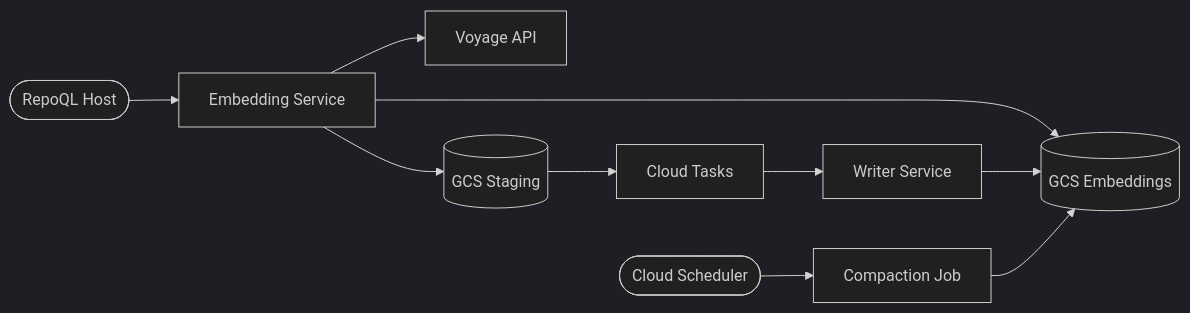
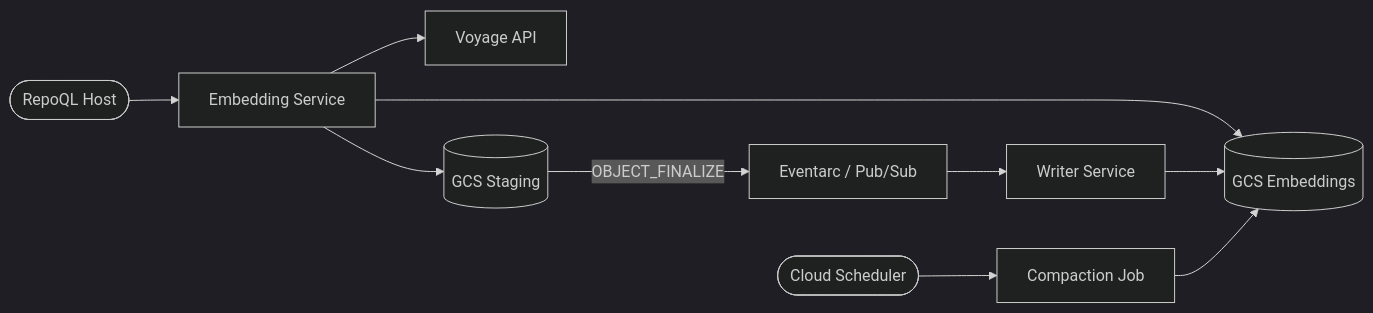
One commit to RepoQL/RepoQL changed the diagram in docs/flows/future/cloud-cache/readme.md. Above: the diagram before and after it, drawn with Mermaid (dark theme). The commit also changed 7 other files, not shown here.

First line of the commit message:
Update cloud cache docs to reflect Eventarc migration

````diff
--- a/docs/flows/future/cloud-cache/readme.md
+++ b/docs/flows/future/cloud-cache/readme.md
@@ -13,12 +13,12 @@
 ```mermaid
 flowchart LR
     Client([RepoQL Host]) --> Service[Embedding Service]
     Service --> GCS_E[(GCS Embeddings)]
     Service --> Voyage[Voyage API]
     Service --> GCS_S[(GCS Staging)]
-    GCS_S --> Tasks[Cloud Tasks]
-    Tasks --> Writer[Writer Service]
+    GCS_S -->|OBJECT_FINALIZE| Eventarc[Eventarc / Pub/Sub]
+    Eventarc --> Writer[Writer Service]
     Writer --> GCS_E
     Scheduler([Cloud Scheduler]) --> Compactor[Compaction Job]
     Compactor --> GCS_E
 ```
````
